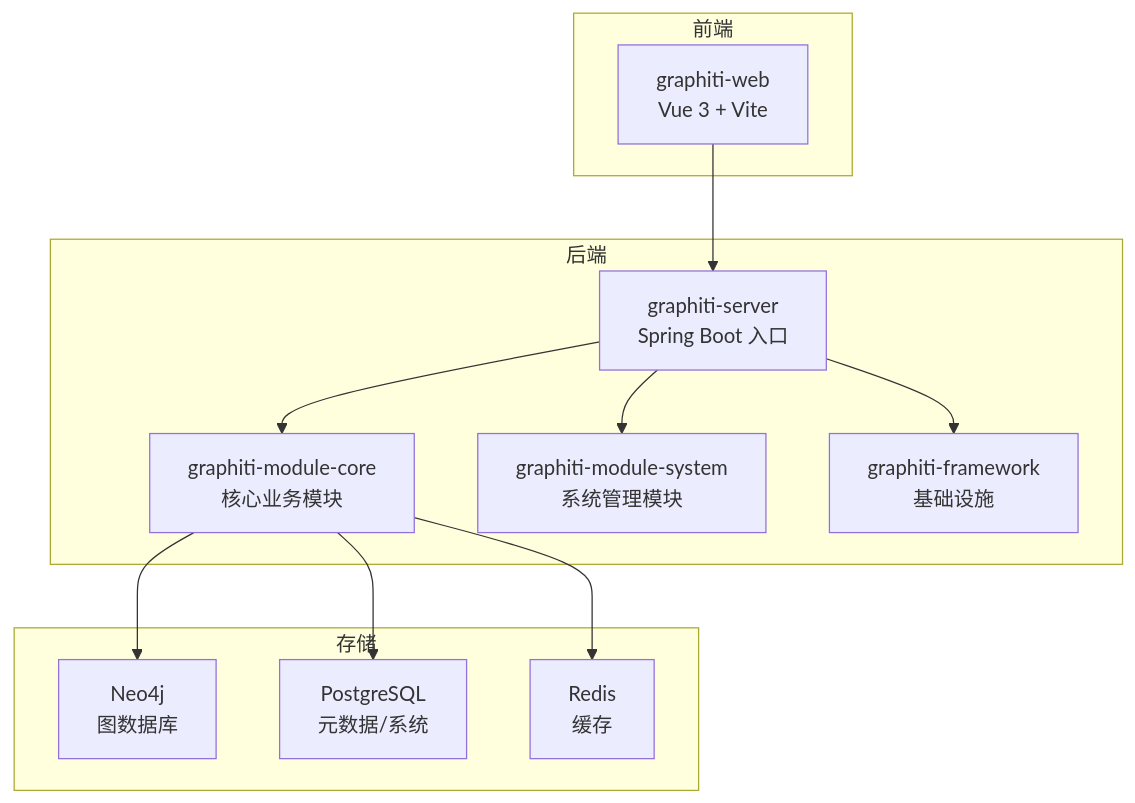
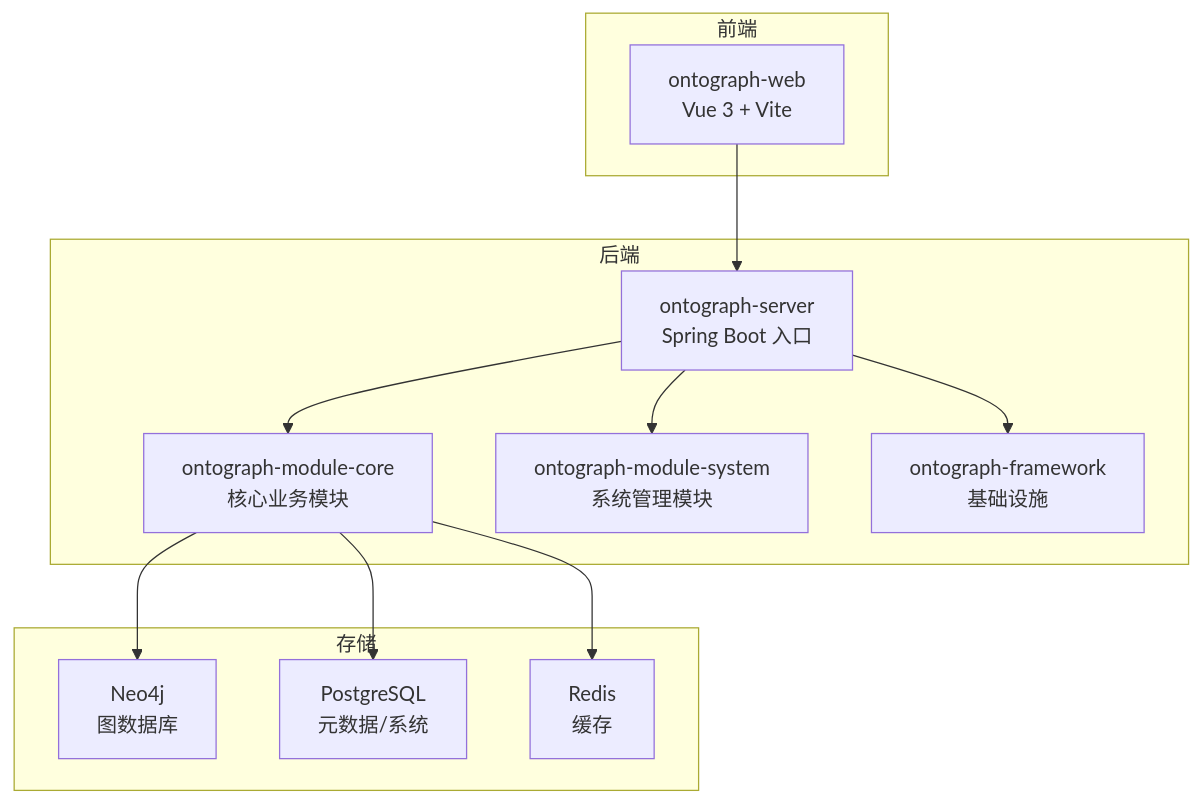
Before and after one commit to joezxh/graphiti-java: the first of 8 diagrams in docs/manual/架构设计/模块化设计/核心业务模块 (graphiti-module-core)/实体关系管理.md, drawn with Mermaid. The commit also changed other lines of this file and 200 other files, not shown here.

````diff
--- a/docs/manual/架构设计/模块化设计/核心业务模块 (graphiti-module-core)/实体关系管理.md
+++ b/docs/manual/架构设计/模块化设计/核心业务模块 (graphiti-module-core)/实体关系管理.md
@@ -43,24 +43,24 @@
 ```mermaid
 graph TB
 subgraph "前端"
-WEB["graphiti-web<br/>Vue 3 + Vite"]
+WEB["ontograph-web<br/>Vue 3 + Vite"]
 end
 subgraph "后端"
-SERVER["graphiti-server<br/>Spring Boot 入口"]
-CORE["graphiti-module-core<br/>核心业务模块"]
-SYS["graphiti-module-system<br/>系统管理模块"]
-FRAME["graphiti-framework<br/>基础设施"]
+SERVER["ontograph-server<br/>Spring Boot 入口"]
+CORE["ontograph-module-core<br/>核心业务模块"]
+SYS["ontograph-module-system<br/>系统管理模块"]
+FRAME["ontograph-framework<br/>基础设施"]
 end
 subgraph "存储"
 NEO4J["Neo4j<br/>图数据库"]
 PG["PostgreSQL<br/>元数据/系统"]
 REDIS["Redis<br/>缓存"]
 end
 WEB --> SERVER
 SERVER --> CORE
 SERVER --> SYS
 SERVER --> FRAME
 CORE --> NEO4J
 CORE --> PG
 CORE --> REDIS
 ```
````
